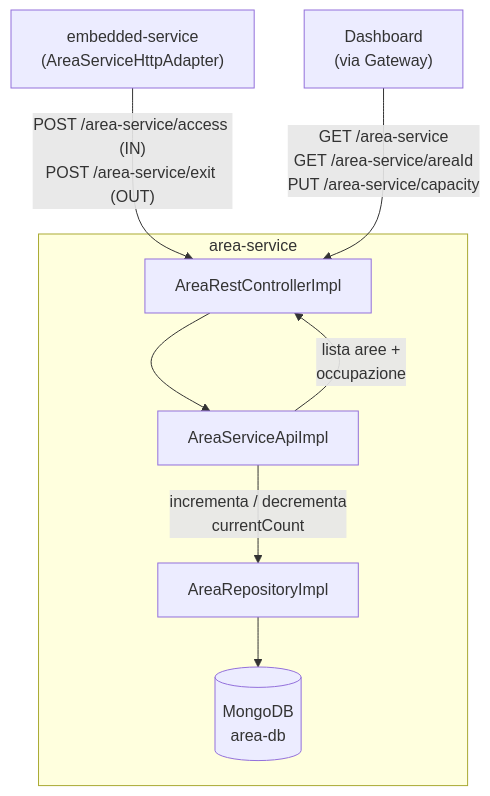
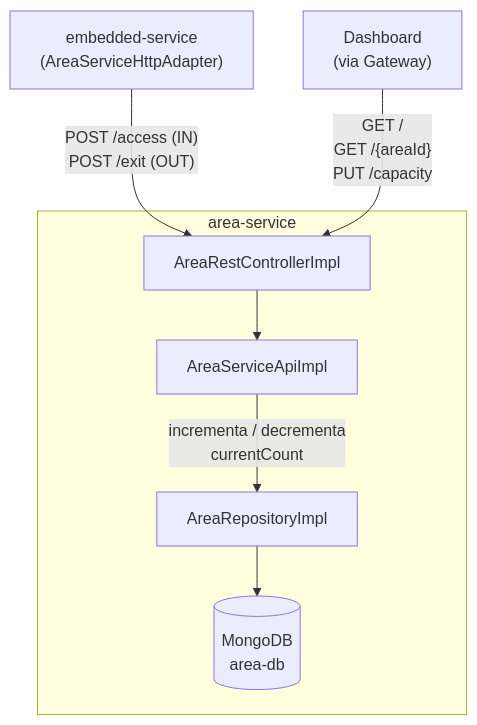
The sixth of 10 diagrams in docs/report/Implementation.md (piertv21/SmartGym-Monitor), drawn with Mermaid before and after one commit. The commit also changed other lines of this file and 2 other files, not shown here.

````diff
--- a/docs/report/Implementation.md
+++ b/docs/report/Implementation.md
@@ -171,13 +173,15 @@
 ```mermaid
 flowchart TD
-    EMB["embedded-service\n(AreaServiceHttpAdapter)"] -->|"POST /area-service/access (IN)\nPOST /area-service/exit (OUT)"| CTRL["AreaRestControllerImpl"]
+    EMB["embedded-service\n(AreaServiceHttpAdapter)"]
+    DASH["Dashboard\n(via Gateway)"]
 
     subgraph area-service
+        CTRL["AreaRestControllerImpl"]
         CTRL --> API["AreaServiceApiImpl"]
         API -->|"incrementa / decrementa\ncurrentCount"| REPO["AreaRepositoryImpl"]
         REPO --> DB[(MongoDB\narea-db)]
     end
 
-    DASH["Dashboard\n(via Gateway)"] -->|"GET /area-service\nGET /area-service/areaId\nPUT /area-service/capacity"| CTRL
-    API -->|"lista aree +\noccupazione"| CTRL
+    EMB -->|"POST /access (IN)\nPOST /exit (OUT)"| CTRL
+    DASH -->|"GET /\nGET /{areaId}\nPUT /capacity"| CTRL
 ```
````
